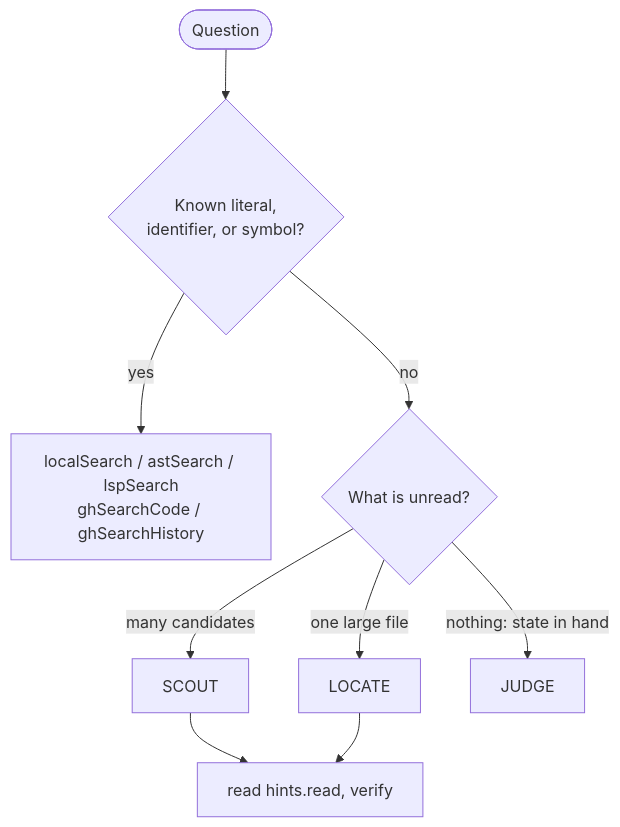
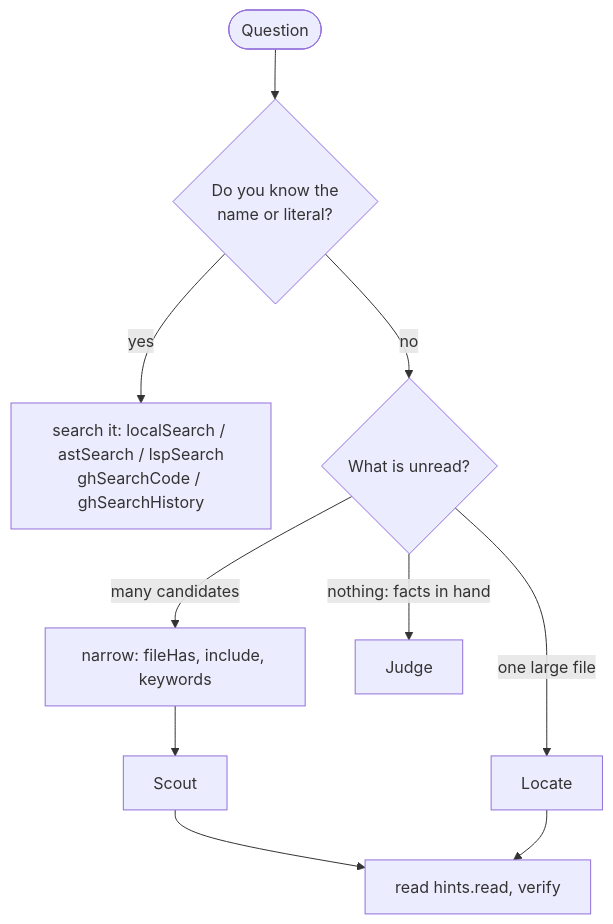
One commit to bgauryy/octocode changed the fourth of 4 diagrams in docs/OCTOCODE_CLASIFY.md. Above: the diagram before and after it, drawn with Mermaid. The commit also changed other lines of this file and 65 other files, not shown here.

````diff
--- a/docs/OCTOCODE_CLASIFY.md
+++ b/docs/OCTOCODE_CLASIFY.md
@@ -16,11 +111,11 @@
 ```mermaid
 flowchart TD
-    Q([Question]) --> L{Known literal,<br/>identifier, or symbol?}
-    L -- yes --> S[localSearch / astSearch / lspSearch<br/>ghSearchCode / ghSearchHistory]
+    Q([Question]) --> L{Do you know the<br/>name or literal?}
+    L -- yes --> S[search it: localSearch / astSearch / lspSearch<br/>ghSearchCode / ghSearchHistory]
     L -- no --> K{What is unread?}
-    K -- "many candidates" --> SC[SCOUT]
-    K -- "one large file" --> LO[LOCATE]
-    K -- "nothing: state in hand" --> J[JUDGE]
+    K -- "many candidates" --> N[narrow: fileHas, include, keywords] --> SC[Scout]
+    K -- "one large file" --> LO[Locate]
+    K -- "nothing: facts in hand" --> J[Judge]
     SC --> V[read hints.read, verify]
     LO --> V
 ```
````
